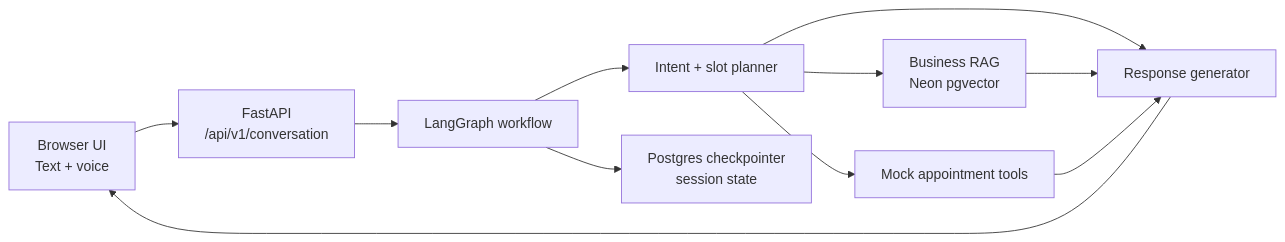
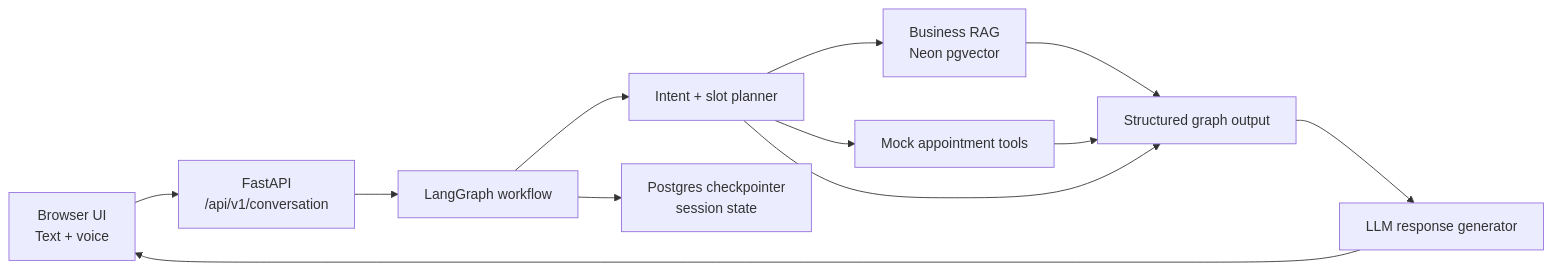
Before and after one commit to aakanksha98/enterprise-voice-ai-agent: the diagram in README.md, drawn with Mermaid. The commit also changed other lines of this file and 3 other files, not shown here.

Commit message:
feat: generate conversational responses from graph context

````diff
--- a/README.md
+++ b/README.md
@@ -30,13 +31,14 @@
 ```mermaid
 flowchart LR
     UI["Browser UI<br/>Text + voice"] --> API["FastAPI<br/>/api/v1/conversation"]
     API --> Graph["LangGraph workflow"]
     Graph --> Planner["Intent + slot planner"]
     Planner --> RAG["Business RAG<br/>Neon pgvector"]
     Planner --> Tools["Mock appointment tools"]
-    Planner --> Response["Response generator"]
+    RAG --> State["Structured graph output"]
+    Tools --> State
+    Planner --> State
+    State --> Response["LLM response generator"]
     Graph --> Checkpoints["Postgres checkpointer<br/>session state"]
-    RAG --> Response
-    Tools --> Response
     Response --> UI
 ```
````
